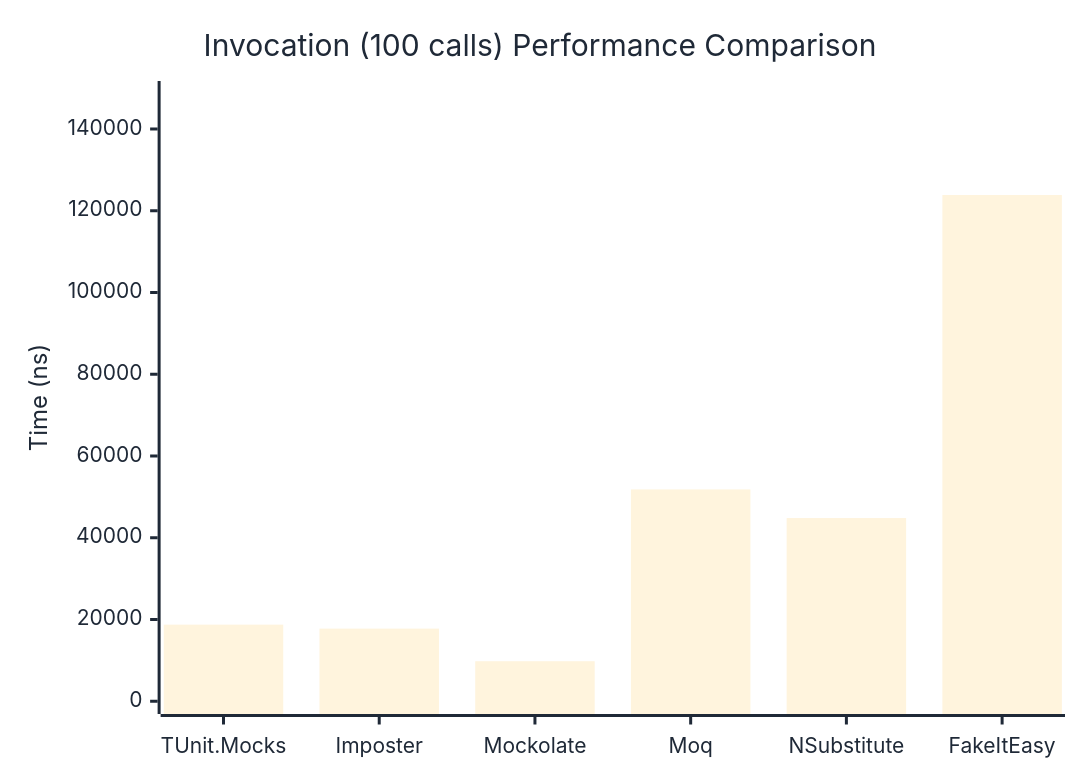
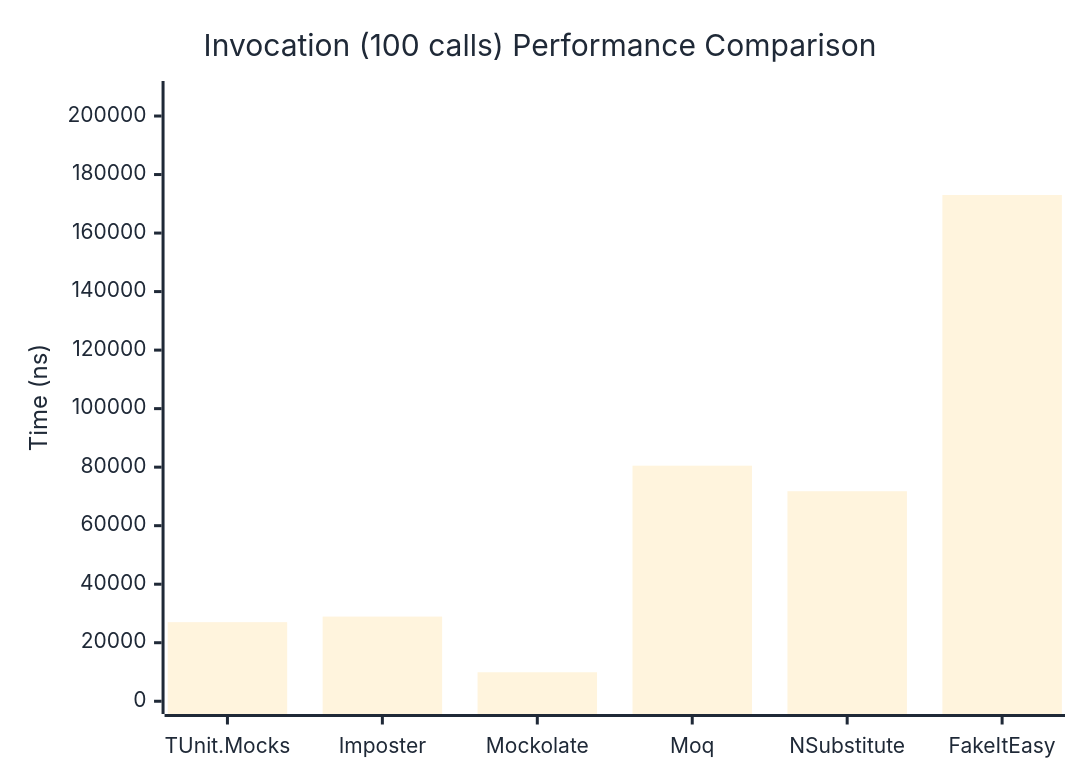
The third of 3 diagrams in docs/docs/benchmarks/mocks/Invocation.md (thomhurst/TUnit), drawn with Mermaid before and after one commit. The commit also changed other lines of this file and 14 other files, not shown here.

````diff
--- a/docs/docs/benchmarks/mocks/Invocation.md
+++ b/docs/docs/benchmarks/mocks/Invocation.md
@@ -112,27 +112,27 @@
 ```mermaid
 %%{init: {
   'theme':'base',
   'themeVariables': {
     'primaryColor': '#2563eb',
     'primaryTextColor': '#1f2937',
     'primaryBorderColor': '#1e40af',
     'lineColor': '#6b7280',
     'secondaryColor': '#7c3aed',
     'tertiaryColor': '#dc2626',
     'background': '#ffffff',
     'pie1': '#2563eb',
     'pie2': '#7c3aed',
     'pie3': '#dc2626',
     'pie4': '#f59e0b',
     'pie5': '#10b981',
     'pie6': '#06b6d4',
     'pie7': '#ec4899',
     'pie8': '#6366f1'
   }
 }}%%
 xychart-beta
   title "Invocation (100 calls) Performance Comparison"
   x-axis ["TUnit.Mocks", "Imposter", "Mockolate", "Moq", "NSubstitute", "FakeItEasy"]
-  y-axis "Time (ns)" 0 --> 148622
-  bar [18744.32, 17770.5, 9793.09, 51821.78, 44821.58, 123851.14]
+  y-axis "Time (ns)" 0 --> 207612
+  bar [27033.41, 28935.37, 9907.57, 80503.83, 71779.31, 173009.47]
 ```
````
